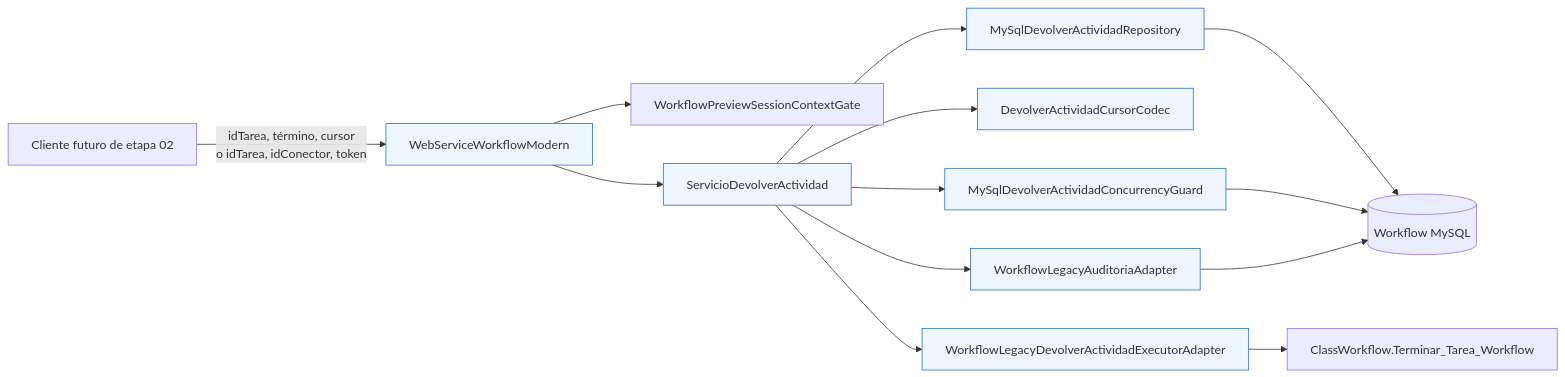
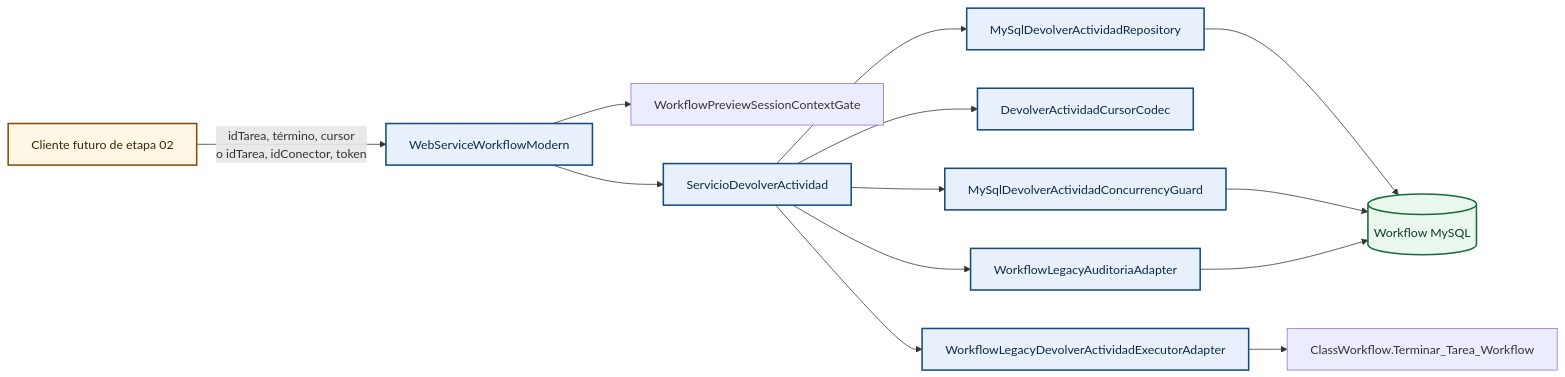
One commit to miguelurueta/DocuArchiNet changed the diagram in Doc/Actualizacion/workflow/DebolverTarea/01-implementacion-devolver-actividad-anterior/Diagramas/01-arquitectura-devolver.md. Above: the diagram before and after it, drawn with Mermaid.

Commit message:
docs(DOC-36): improve workflow diagram contrast

````diff
--- a/Doc/Actualizacion/workflow/DebolverTarea/01-implementacion-devolver-actividad-anterior/Diagramas/01-arquitectura-devolver.md
+++ b/Doc/Actualizacion/workflow/DebolverTarea/01-implementacion-devolver-actividad-anterior/Diagramas/01-arquitectura-devolver.md
@@ -3,18 +3,23 @@
 ```mermaid
 flowchart LR
     Cliente[Cliente futuro de etapa 02] -->|idTarea, término, cursor\no idTarea, idConector, token| ASMX[WebServiceWorkflowModern]
     ASMX --> Sesion[WorkflowPreviewSessionContextGate]
     ASMX --> Servicio[ServicioDevolverActividad]
     Servicio --> Repositorio[MySqlDevolverActividadRepository]
     Servicio --> Cursor[DevolverActividadCursorCodec]
     Servicio --> Guard[MySqlDevolverActividadConcurrencyGuard]
     Servicio --> Adaptador[WorkflowLegacyDevolverActividadExecutorAdapter]
     Servicio --> Auditoria[WorkflowLegacyAuditoriaAdapter]
     Repositorio --> MySQL[(Workflow MySQL)]
     Guard --> MySQL
     Adaptador --> Motor[ClassWorkflow.Terminar_Tarea_Workflow]
     Auditoria --> MySQL
 
-    classDef boundary fill:#eef6ff,stroke:#276fbf;
+    %% Contraste AA/AAA: texto oscuro explícito sobre fondos claros.
+    classDef boundary fill:#e8f1fb,stroke:#174a7e,color:#102a43,stroke-width:2px;
+    classDef external fill:#fff7e6,stroke:#8a4b08,color:#3b2405,stroke-width:2px;
+    classDef datastore fill:#e9f7ef,stroke:#176b3a,color:#123b25,stroke-width:2px;
+    class Cliente external;
+    class MySQL datastore;
     class ASMX,Servicio,Repositorio,Cursor,Guard,Adaptador,Auditoria boundary;
 ```
````
